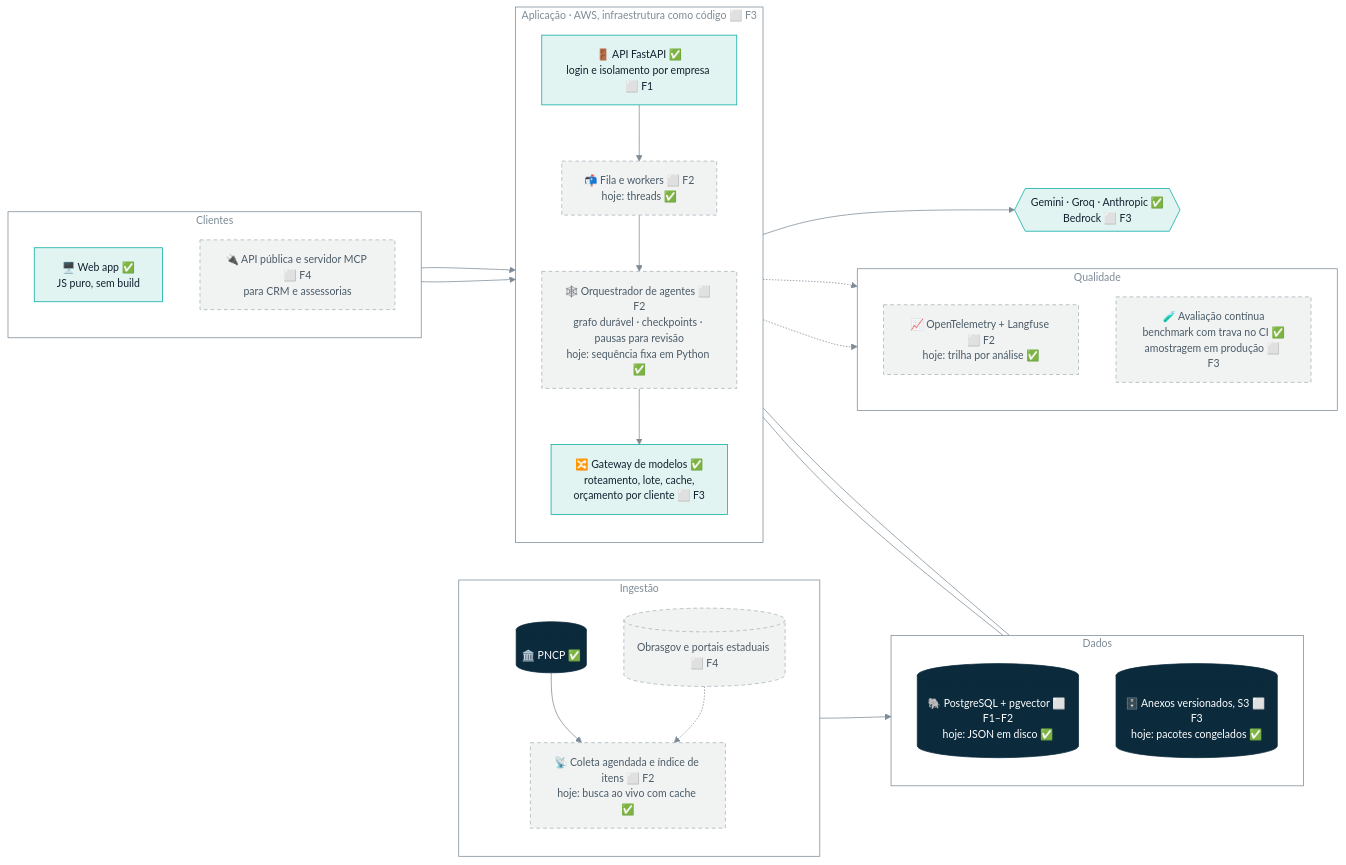
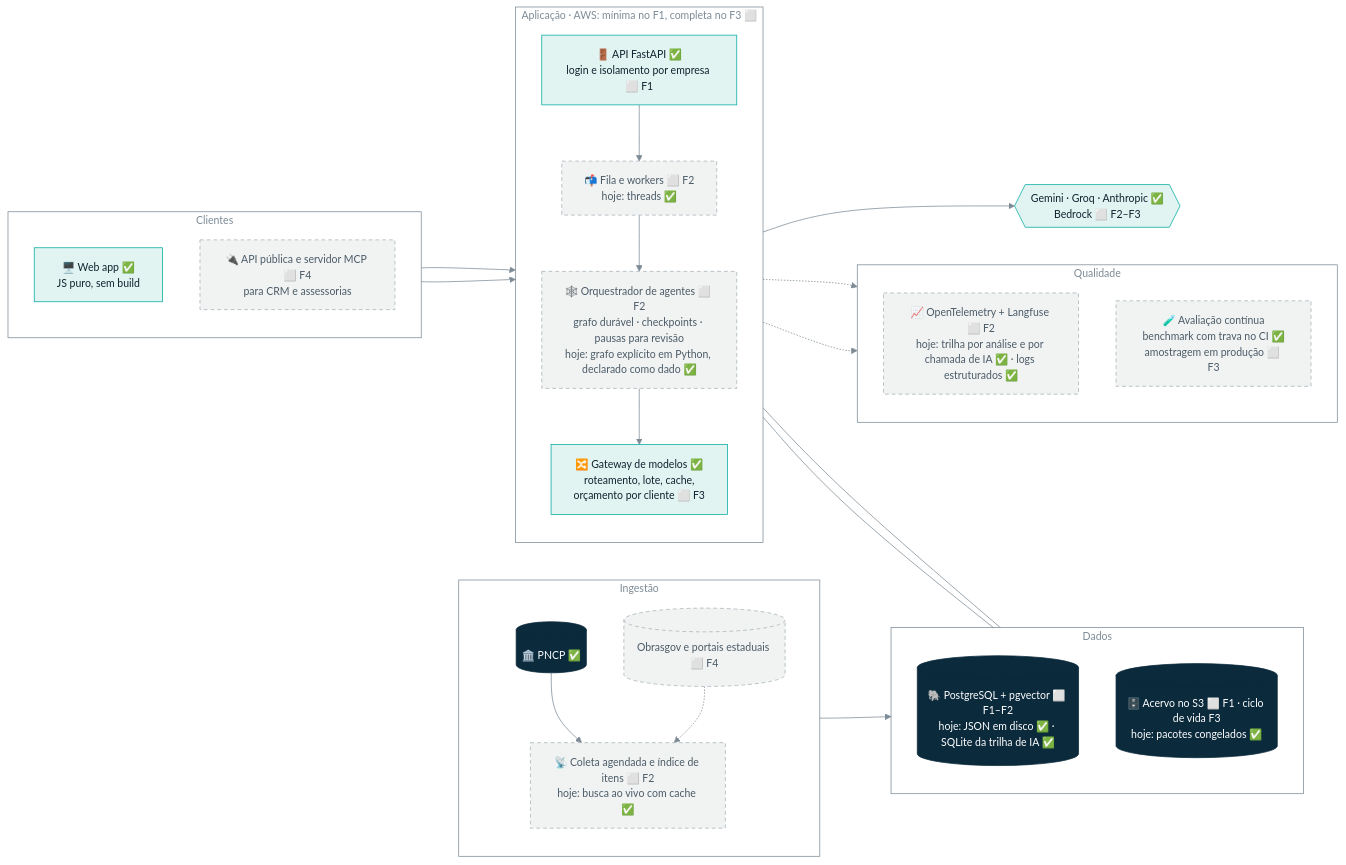
Before and after one commit to Omniamind-org/obranexo: the diagram in docs/diagrams/arquitetura-producao.mmd, drawn with Mermaid. The commit also changed 14 other files, not shown here.

```diff
--- a/docs/diagrams/arquitetura-producao.mmd
+++ b/docs/diagrams/arquitetura-producao.mmd
@@ -1,43 +1,43 @@
-%%{init: {'theme':'base','themeVariables':{'primaryColor':'#e2f4f2','primaryTextColor':'#10222f','primaryBorderColor':'#00ab9f','lineColor':'#7d8b96','edgeLabelBackground':'#f1f3f3','fontFamily':'Plus Jakarta Sans, Segoe UI, sans-serif','fontSize':'14px','clusterBkg':'transparent','clusterBorder':'#7d8b96','titleColor':'#7d8b96'}}}%%
+%%{init: {'theme':'base','themeVariables':{'primaryColor':'#e2f4f2','primaryTextColor':'#10222f','primaryBorderColor':'#00ab9f','lineColor':'#7d8b96','edgeLabelBackground':'#f1f3f3','fontSize':'14px','clusterBkg':'transparent','clusterBorder':'#7d8b96','titleColor':'#7d8b96'}}}%%
 flowchart LR
   subgraph CLI[" Clientes "]
     direction TB
     W[🖥️ Web app ✅<br/>JS puro, sem build]:::inf
     API2[🔌 API pública e servidor MCP ⬜ F4<br/>para CRM e assessorias]:::plan
   end
-  subgraph APP[" Aplicação · AWS, infraestrutura como código ⬜ F3 "]
+  subgraph APP[" Aplicação · AWS: mínima no F1, completa no F3 ⬜ "]
     direction TB
     G[🚪 API FastAPI ✅<br/>login e isolamento por empresa ⬜ F1]:::inf
     Q[📬 Fila e workers ⬜ F2<br/>hoje: threads ✅]:::plan
-    OR[🕸️ Orquestrador de agentes ⬜ F2<br/>grafo durável · checkpoints · pausas para revisão<br/>hoje: sequência fixa em Python ✅]:::plan
+    OR[🕸️ Orquestrador de agentes ⬜ F2<br/>grafo durável · checkpoints · pausas para revisão<br/>hoje: grafo explícito em Python, declarado como dado ✅]:::plan
     GW[🔀 Gateway de modelos ✅<br/>roteamento, lote, cache,<br/>orçamento por cliente ⬜ F3]:::inf
   end
   subgraph DAT[" Dados "]
     direction TB
-    PG[(🐘 PostgreSQL + pgvector ⬜ F1–F2<br/>hoje: JSON em disco ✅)]:::mem
-    S3[(🗄️ Anexos versionados, S3 ⬜ F3<br/>hoje: pacotes congelados ✅)]:::mem
+    PG[(🐘 PostgreSQL + pgvector ⬜ F1–F2<br/>hoje: JSON em disco ✅ · SQLite da trilha de IA ✅)]:::mem
+    S3[(🗄️ Acervo no S3 ⬜ F1 · ciclo de vida F3<br/>hoje: pacotes congelados ✅)]:::mem
   end
   subgraph ING[" Ingestão "]
     direction TB
     PN[(🏛️ PNCP ✅)]:::mem
     IG[📡 Coleta agendada e índice de itens ⬜ F2<br/>hoje: busca ao vivo com cache ✅]:::plan
     OUT[(Obrasgov e portais estaduais ⬜ F4)]:::plan
   end
   subgraph OBS[" Qualidade "]
     direction TB
-    OT[📈 OpenTelemetry + Langfuse ⬜ F2<br/>hoje: trilha por análise ✅]:::plan
+    OT[📈 OpenTelemetry + Langfuse ⬜ F2<br/>hoje: trilha por análise e por chamada de IA ✅ · logs estruturados ✅]:::plan
     EV[🧪 Avaliação contínua<br/>benchmark com trava no CI ✅<br/>amostragem em produção ⬜ F3]:::plan
   end
-  LLM{{Gemini · Groq · Anthropic ✅<br/>Bedrock ⬜ F3}}:::inf
+  LLM{{Gemini · Groq · Anthropic ✅<br/>Bedrock ⬜ F2–F3}}:::inf
   W --> G
   API2 --> G
   G --> Q --> OR --> GW --> LLM
   OR --- PG
   OR --- S3
   PN --> IG --> PG
   OUT -.-> IG
   OR -.-> OT
   OR -.-> EV
   classDef plan fill:#f1f3f3,stroke:#a5b0b8,color:#4b5b67,stroke-dasharray:5 4
   classDef mem fill:#0b2a3c,stroke:#0b2a3c,color:#ffffff
   classDef inf fill:#e2f4f2,stroke:#00ab9f,color:#10222f
```
